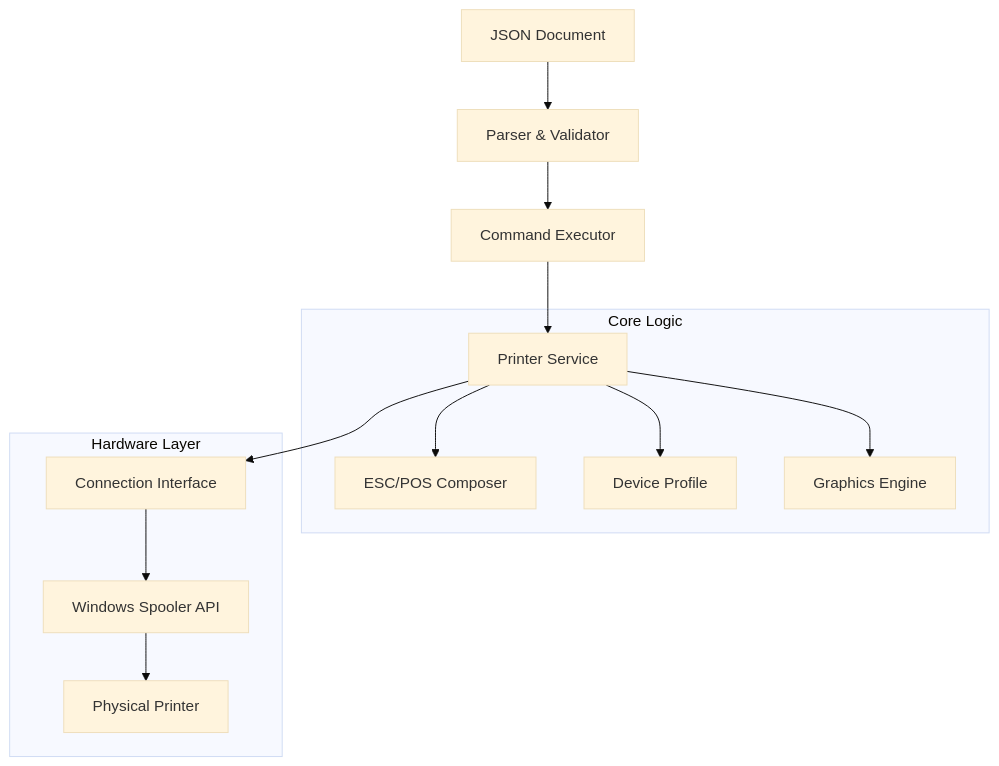
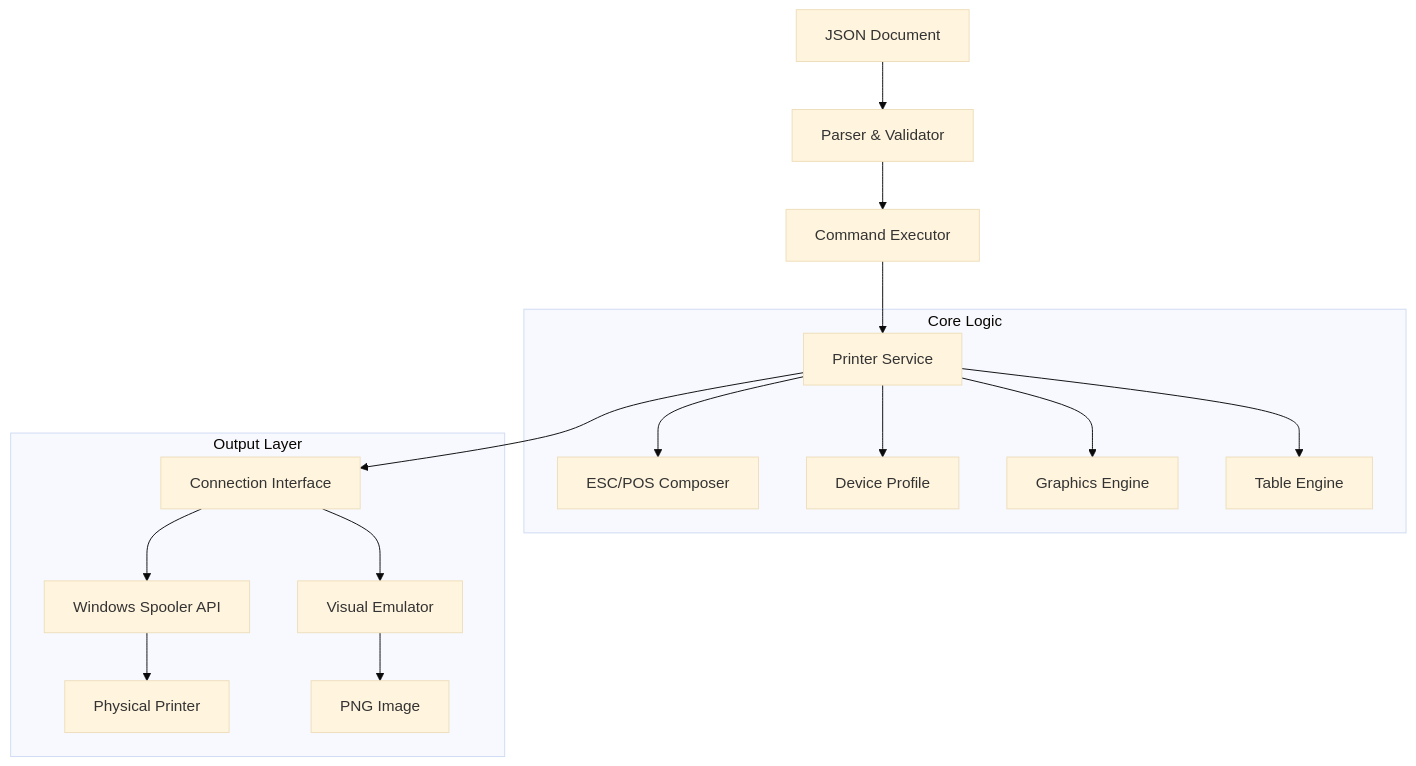
One commit to adcondev/poster changed the diagram in README.md. Above: the diagram before and after it, drawn with Mermaid (base theme). The commit also changed other lines of this file and 1 other file, not shown here.

Commit message:
docs(poster): Rename project to Poster and expand `LEARNING.md` with detailed technical architecture, new features like the visual emulator, and enhanced ESC/POS command support.

````diff
--- a/README.md
+++ b/README.md
@@ -35,19 +31,22 @@
 ```mermaid
 graph TD
     JSON[JSON Document] --> Parser[Parser & Validator]
     Parser --> Executor[Command Executor]
     Executor --> Service[Printer Service]
 
     subgraph Core Logic
         Service --> Protocol[ESC/POS Composer]
         Service --> Profile[Device Profile]
         Service --> Graphics[Graphics Engine]
+        Service --> Tables[Table Engine]
     end
 
     Service --> Connector[Connection Interface]
 
-    subgraph Hardware Layer
+    subgraph Output Layer
         Connector --> WinAPI[Windows Spooler API]
+        Connector --> Emulator[Visual Emulator]
         WinAPI --> Device[Physical Printer]
+        Emulator --> PNG[PNG Image]
     end
 ```
````
